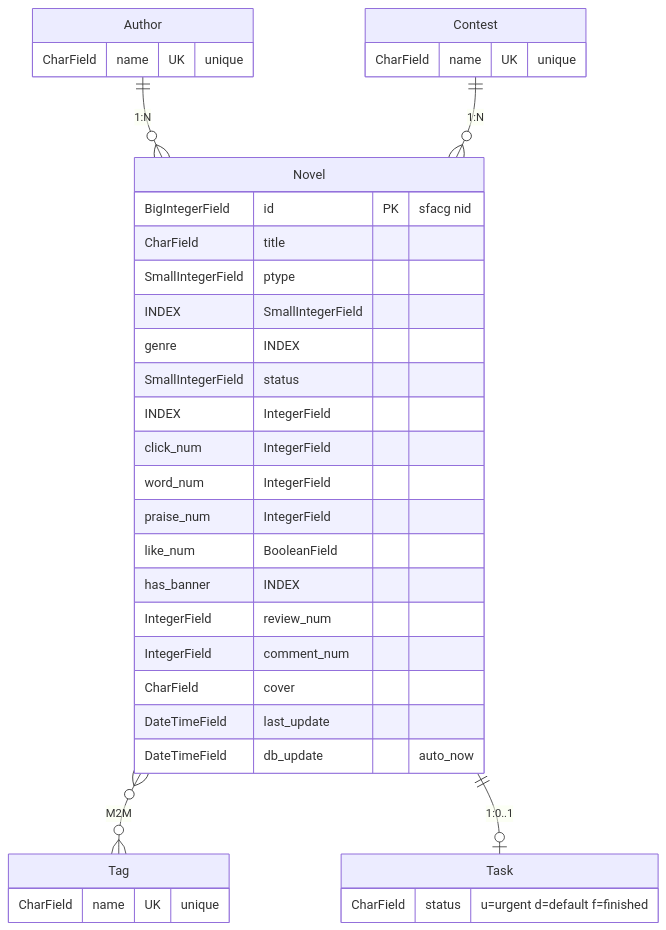
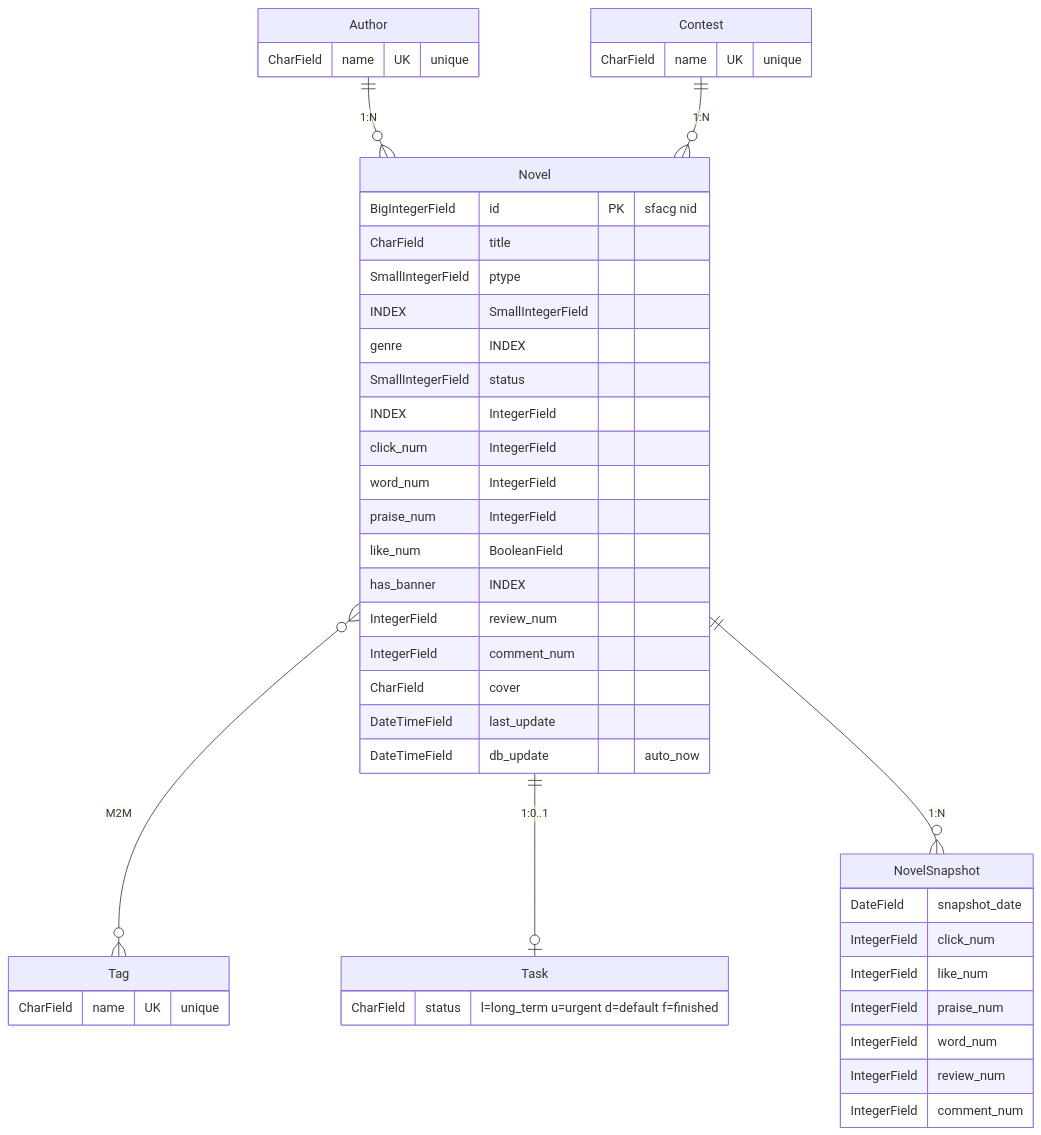
The diagram in README.md (light-nook-labs/novel_hub), drawn with Mermaid before and after one commit. The commit also changed other lines of this file and 7 other files, not shown here.

````diff
--- a/README.md
+++ b/README.md
@@ -26,41 +27,52 @@
 ```mermaid
 erDiagram
     Author {
         CharField name UK "unique"
     }
 
     Tag {
         CharField name UK "unique"
     }
 
     Contest {
         CharField name UK "unique"
     }
 
     Novel {
         BigIntegerField id PK "sfacg nid"
         CharField title
         SmallIntegerField ptype INDEX
         SmallIntegerField genre INDEX
         SmallIntegerField status INDEX
         IntegerField click_num
         IntegerField word_num
         IntegerField praise_num
         IntegerField like_num
         BooleanField has_banner INDEX
         IntegerField review_num
         IntegerField comment_num
         CharField cover
         DateTimeField last_update
         DateTimeField db_update "auto_now"
     }
 
     Task {
-        CharField status "u=urgent d=default f=finished"
+        CharField status "l=long_term u=urgent d=default f=finished"
+    }
+
+    NovelSnapshot {
+        DateField snapshot_date
+        IntegerField click_num
+        IntegerField like_num
+        IntegerField praise_num
+        IntegerField word_num
+        IntegerField review_num
+        IntegerField comment_num
     }
 
     Author ||--o{ Novel : "1:N"
     Contest ||--o{ Novel : "1:N"
     Novel }o--o{ Tag : "M2M"
     Novel ||--o| Task : "1:0..1"
+    Novel ||--o{ NovelSnapshot : "1:N"
 ```
````
